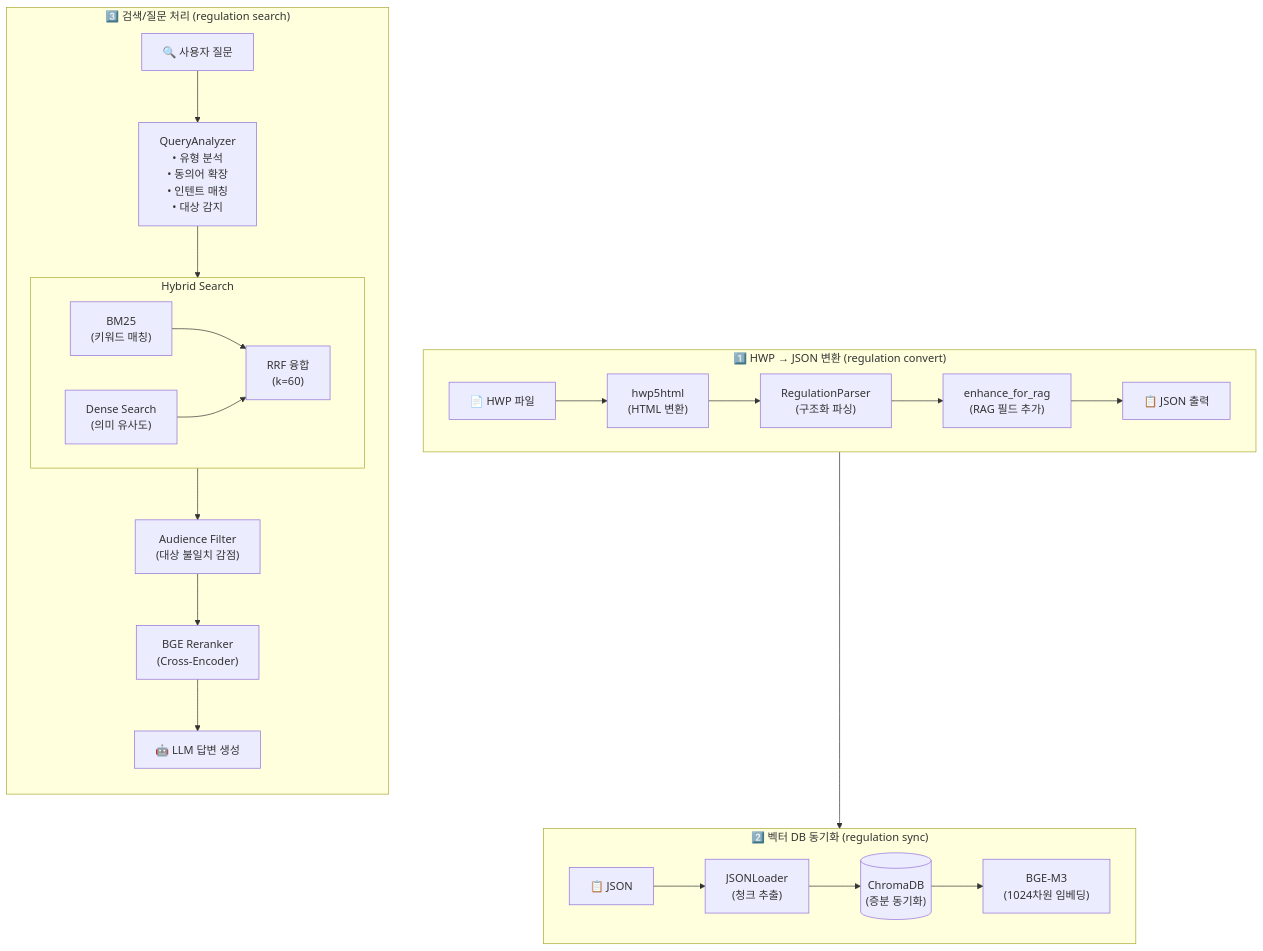
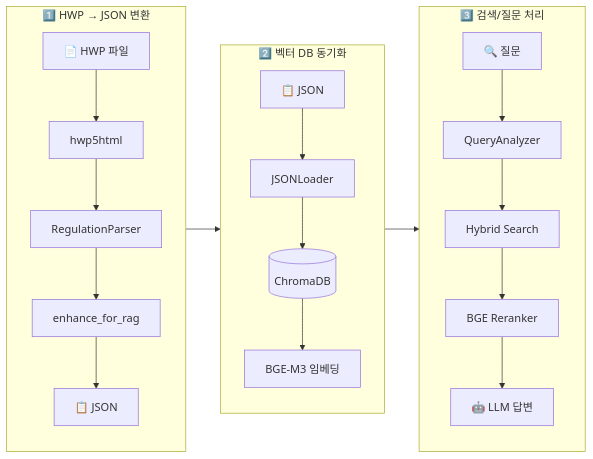
Before and after one commit to seo-jinseok/regulation_manager: the second of 3 diagrams in README.md, drawn with Mermaid. The commit also changed other lines of this file, not shown here.

````diff
--- a/README.md
+++ b/README.md
@@ -279,35 +341,27 @@
 ```mermaid
-flowchart TB
-    subgraph CONVERT ["1️⃣ HWP → JSON 변환 (regulation convert)"]
-        direction LR
-        HWP["📄 HWP 파일"] --> hwp5html["hwp5html\n(HTML 변환)"]
-        hwp5html --> Parser["RegulationParser\n(구조화 파싱)"]
-        Parser --> Enhance["enhance_for_rag\n(RAG 필드 추가)"]
-        Enhance --> JSON["📋 JSON 출력"]
+flowchart LR
+    subgraph CONVERT ["1️⃣ HWP → JSON 변환"]
+        direction TB
+        HWP["📄 HWP 파일"] --> hwp5html["hwp5html"]
+        hwp5html --> Parser["RegulationParser"]
+        Parser --> Enhance["enhance_for_rag"]
+        Enhance --> JSON["📋 JSON"]
     end
 
-    subgraph SYNC ["2️⃣ 벡터 DB 동기화 (regulation sync)"]
-        direction LR
-        JSON2["📋 JSON"] --> Loader["JSONLoader\n(청크 추출)"]
-        Loader --> Chroma[("ChromaDB\n(증분 동기화)")]
-        Chroma --> Embed["BGE-M3\n(1024차원 임베딩)"]
+    subgraph SYNC ["2️⃣ 벡터 DB 동기화"]
+        direction TB
+        JSON2["📋 JSON"] --> Loader["JSONLoader"]
+        Loader --> Chroma[("ChromaDB")]
+        Chroma --> Embed["BGE-M3 임베딩"]
     end
 
-    subgraph ASK ["3️⃣ 검색/질문 처리 (regulation search)"]
+    subgraph ASK ["3️⃣ 검색/질문 처리"]
         direction TB
-        Query["🔍 사용자 질문"] --> Analyzer["QueryAnalyzer\n• 유형 분석\n• 동의어 확장\n• 인텐트 매칭\n• 대상 감지"]
-        
-        subgraph HYBRID ["Hybrid Search"]
-            direction LR
-            BM25["BM25\n(키워드 매칭)"] --> RRF["RRF 융합\n(k=60)"]
-            Dense["Dense Search\n(의미 유사도)"] --> RRF
-        end
-        
-        Analyzer --> HYBRID
-        RRF --> Filter["Audience Filter\n(대상 불일치 감점)"]
-        Filter --> Reranker["BGE Reranker\n(Cross-Encoder)"]
-        Reranker --> LLM["🤖 LLM 답변 생성"]
+        Query["🔍 질문"] --> Analyzer["QueryAnalyzer"]
+        Analyzer --> Search["Hybrid Search"]
+        Search --> Reranker["BGE Reranker"]
+        Reranker --> LLM["🤖 LLM 답변"]
     end
 
-    JSON --> JSON2
+    CONVERT --> SYNC --> ASK
 ```
````
